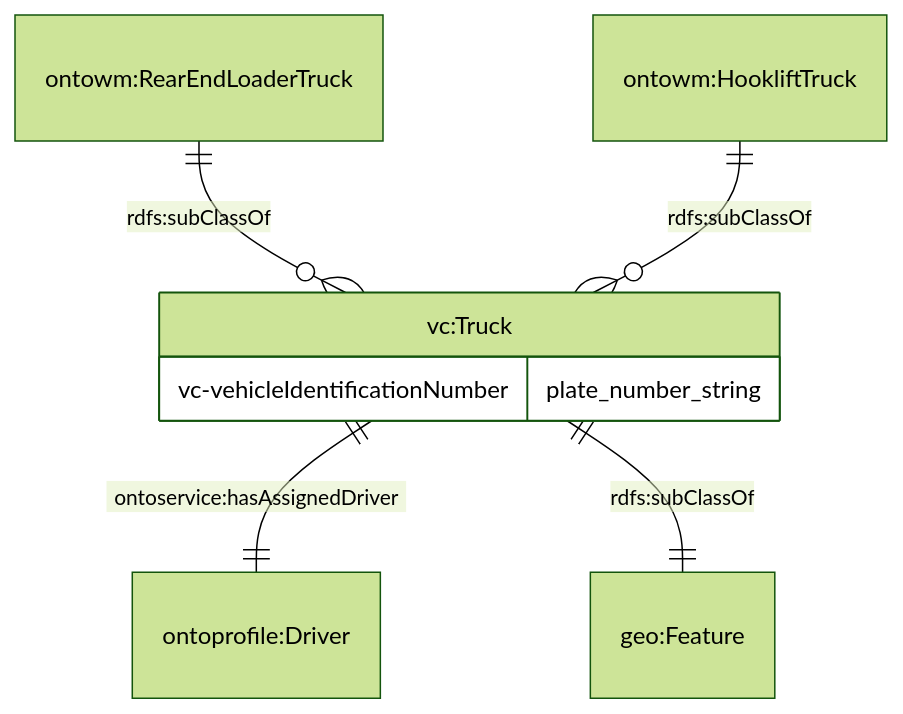
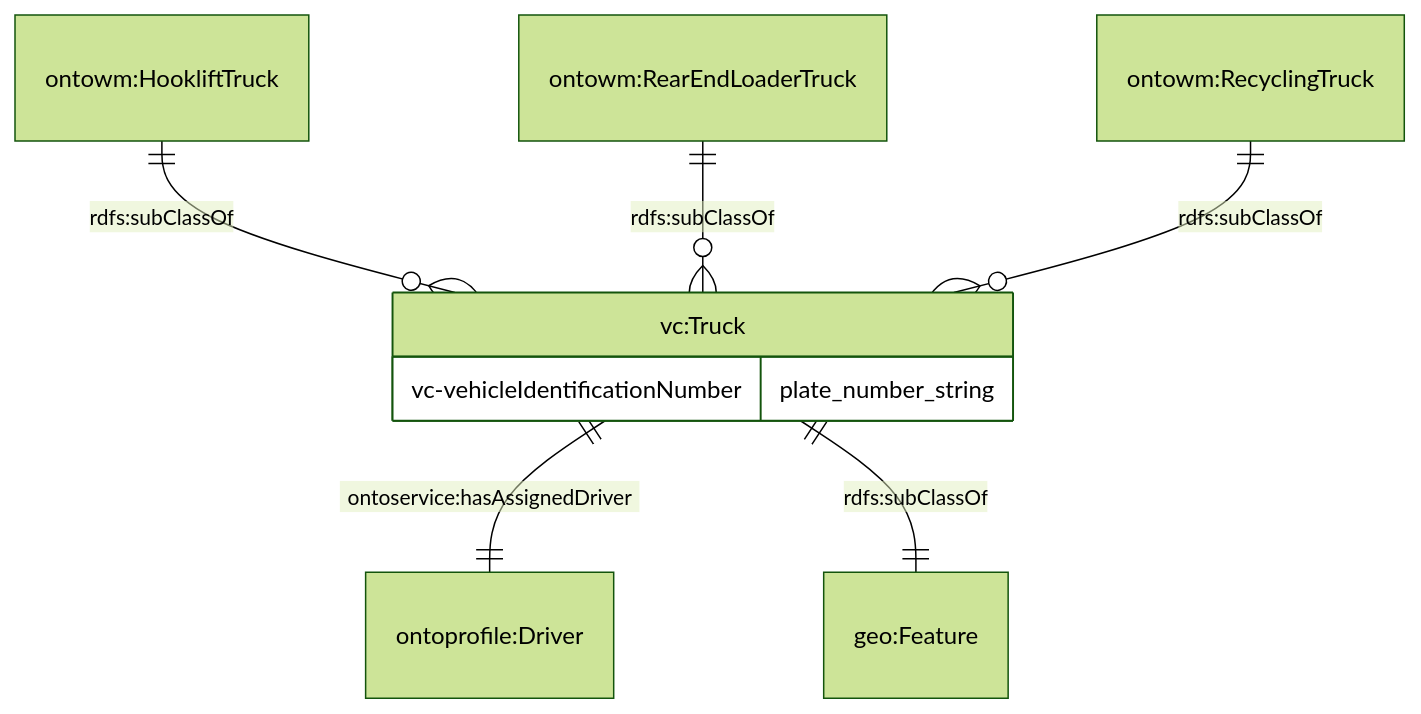
The ninth of 11 diagrams in JPS_Ontology/ontology/ontowastemanagement/README.md (cambridge-cares/TheWorldAvatar), drawn with Mermaid (forest theme) before and after one commit. The commit also changed other lines of this file and 2 other files, not shown here.

Commit message:
dev-ontowastemanagement: Added recycling truck representation

````diff
--- a/JPS_Ontology/ontology/ontowastemanagement/README.md
+++ b/JPS_Ontology/ontology/ontowastemanagement/README.md
@@ -398,11 +399,12 @@
 ```mermaid
     erDiagram
     "vc:Truck" ||--|| "ontoprofile:Driver" : "ontoservice:hasAssignedDriver"
     "vc:Truck" ||--|| "geo:Feature" : "rdfs:subClassOf"
     "vc:Truck" {
         vc-vehicleIdentificationNumber plate_number_string
     }
 
+    "ontowm:HookliftTruck" ||--o{ "vc:Truck" : "rdfs:subClassOf"
     "ontowm:RearEndLoaderTruck" ||--o{ "vc:Truck" : "rdfs:subClassOf"
-    "ontowm:HookliftTruck" ||--o{ "vc:Truck" : "rdfs:subClassOf"
+    "ontowm:RecyclingTruck" ||--o{ "vc:Truck" : "rdfs:subClassOf"
 ```
````
